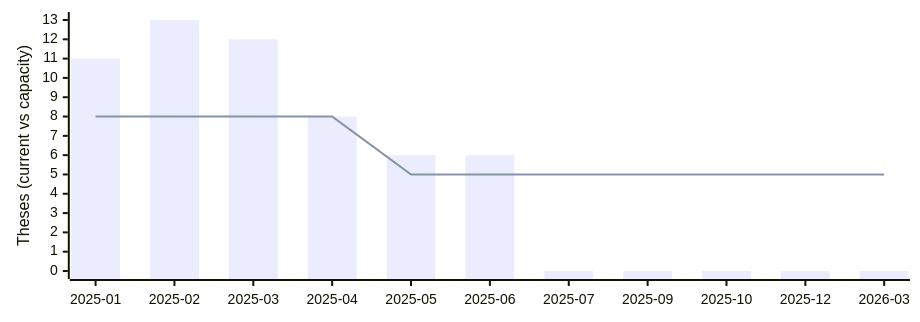
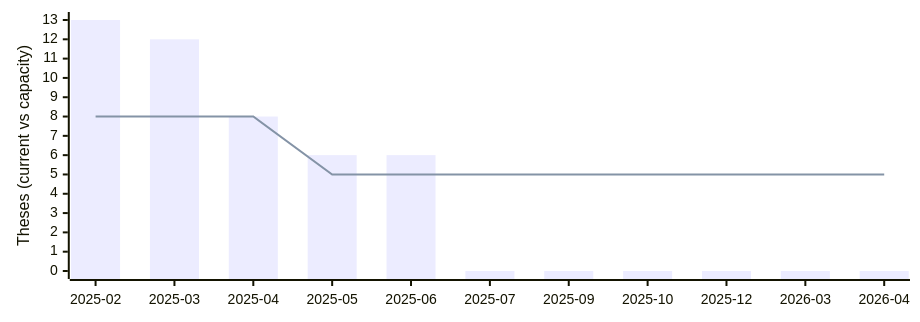
Before and after one commit to fs-ise/theses: the diagram in _includes/availability.md, drawn with Mermaid.

Commit message:
Update availability chart

````diff
--- a/_includes/availability.md
+++ b/_includes/availability.md
@@ -2,13 +2,13 @@
 ```mermaid
 ---
 config:
     xyChart:
         width: 900
         height: 300
 ---
 xychart-beta
-    x-axis [2025-01, 2025-02, 2025-03, 2025-04, 2025-05, 2025-06, 2025-07, 2025-09, 2025-10, 2025-12, 2026-03]
+    x-axis [2025-02, 2025-03, 2025-04, 2025-05, 2025-06, 2025-07, 2025-09, 2025-10, 2025-12, 2026-03, 2026-04]
     y-axis "Theses (current vs capacity)" 0 --> 13
-    bar [11, 13, 12, 8, 6, 6, 0, 0, 0, 0, 0]
-    line [8, 8, 8, 8, 5, 5, 5, 5, 5, 5, 5]
+    bar [13, 12, 8, 6, 6, 0, 0, 0, 0, 0, 0]
+    line [8, 8, 8, 5, 5, 5, 5, 5, 5, 5, 5]
 ```
````
